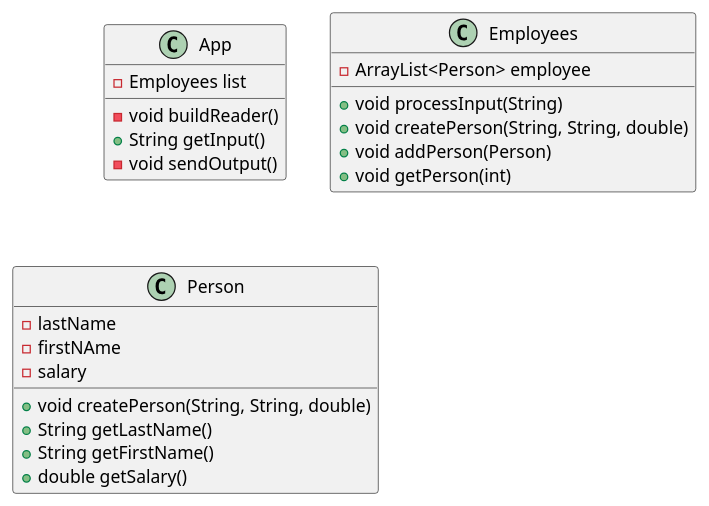
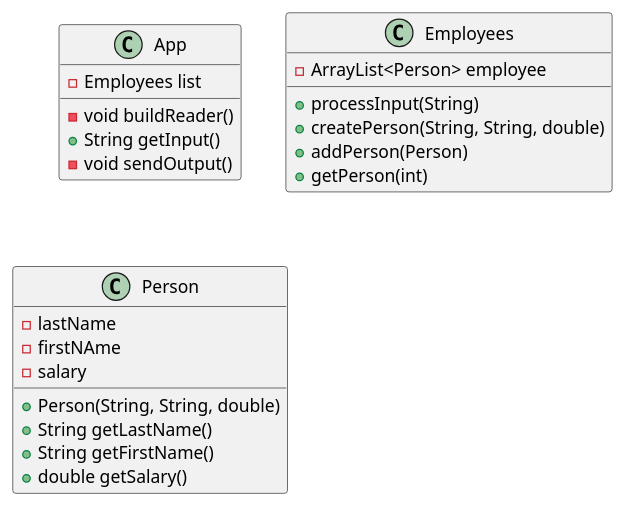
The diagram in src/main/java/Assignments/ex42/classHierarchy.puml (arkaik2k01/nobrega-cop3330-assignment3), drawn with PlantUML before and after one commit. The commit also changed 1 other file, not shown here.

```diff
--- a/src/main/java/Assignments/ex42/classHierarchy.puml
+++ b/src/main/java/Assignments/ex42/classHierarchy.puml
@@ -1,32 +1,32 @@
 @startuml
 'https://plantuml.com/class-diagram
 
 class App {
     -Employees list
 
     - void buildReader()
     + String getInput()
     - void sendOutput()
 }
 
 class Employees {
     -ArrayList<Person> employee
 
-    + void processInput(String)
-    + void createPerson(String, String, double)
-    + void addPerson(Person)
-    + void getPerson(int)
+    + processInput(String)
+    + createPerson(String, String, double)
+    + addPerson(Person)
+    + getPerson(int)
 }
 
 class Person {
     - lastName
     - firstNAme
     - salary
 
-    + void createPerson(String, String, double)
+    + Person(String, String, double)
     + String getLastName()
     + String getFirstName()
     + double getSalary()
 }
 
 @enduml
```
